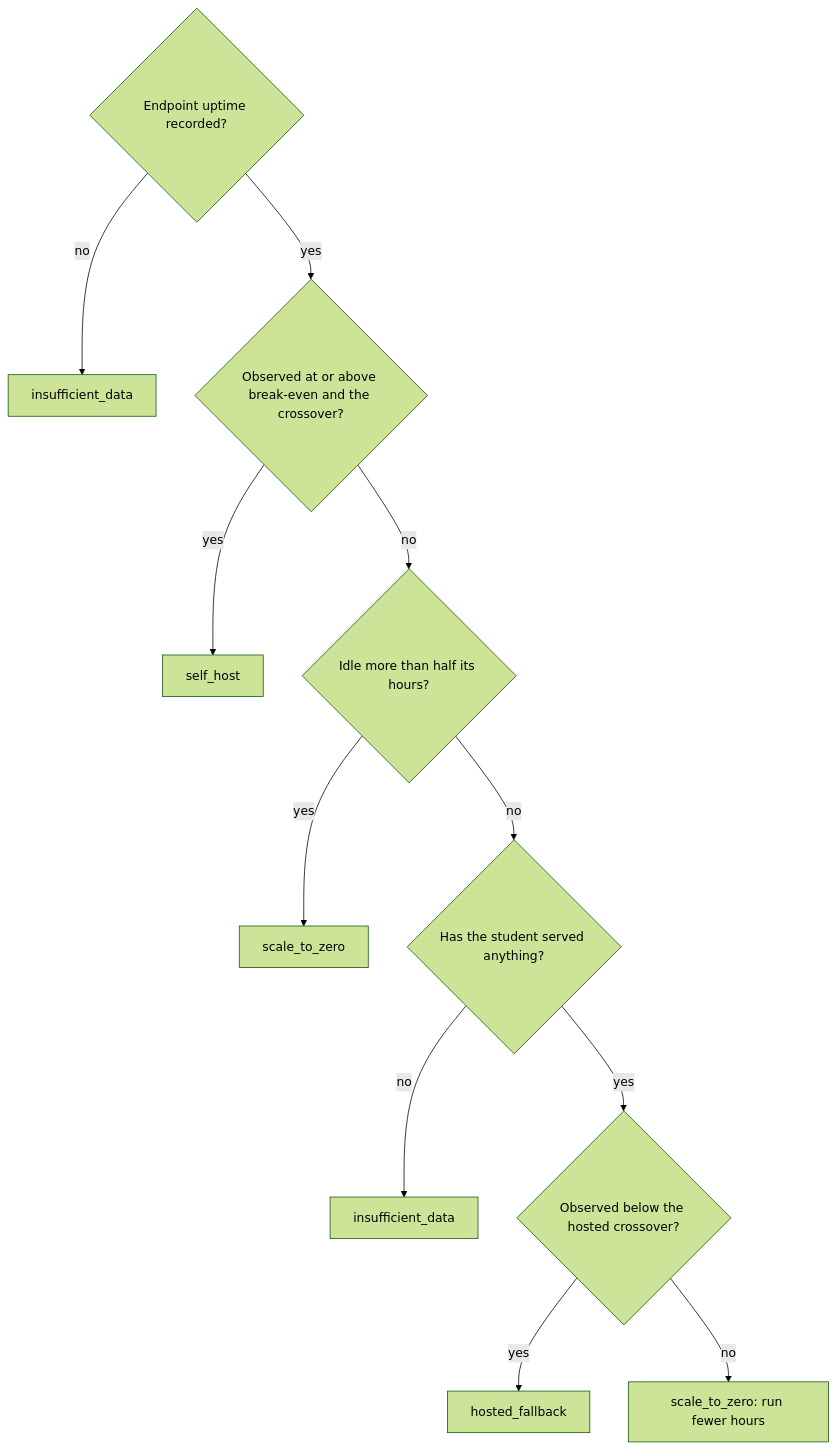
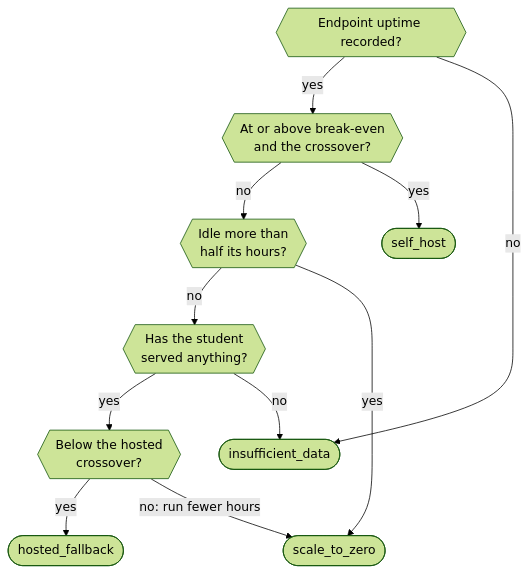
Before and after one commit to harshbhx/ratchet: the fourth of 4 diagrams in docs-site/src/content/docs/guides/cost-and-savings.mdx, drawn with Mermaid (forest theme). The commit also changed other lines of this file and 25 other files, not shown here.

````diff
--- a/docs-site/src/content/docs/guides/cost-and-savings.mdx
+++ b/docs-site/src/content/docs/guides/cost-and-savings.mdx
@@ -142,13 +195,17 @@
 ```mermaid
-flowchart TD
-  A{"Endpoint uptime recorded?"} -->|no| I1["insufficient_data"]
-  A -->|yes| B{"Observed at or above break-even and the crossover?"}
-  B -->|yes| SH["self_host"]
-  B -->|no| C{"Idle more than half its hours?"}
-  C -->|yes| SZ["scale_to_zero"]
-  C -->|no| D{"Has the student served anything?"}
-  D -->|no| I2["insufficient_data"]
-  D -->|yes| E{"Observed below the hosted crossover?"}
-  E -->|yes| HF["hosted_fallback"]
-  E -->|no| SZ2["scale_to_zero: run fewer hours"]
+flowchart TB
+  A{{"Endpoint uptime recorded?"}} -->|yes| B{{"At or above break-even<br/>and the crossover?"}}
+  B -->|no| C{{"Idle more than<br/>half its hours?"}}
+  C -->|no| D{{"Has the student<br/>served anything?"}}
+  D -->|yes| E{{"Below the hosted<br/>crossover?"}}
+  B -->|yes| SH(["self_host"])
+  E -->|yes| HF(["hosted_fallback"])
+  C -->|yes| SZ(["scale_to_zero"])
+  E -->|"no: run fewer hours"| SZ
+  A -->|no| I(["insufficient_data"])
+  D -->|no| I
+
+  class A,B,C,D,E gate
+  class SH ok
+  class I outline
 ```
````
